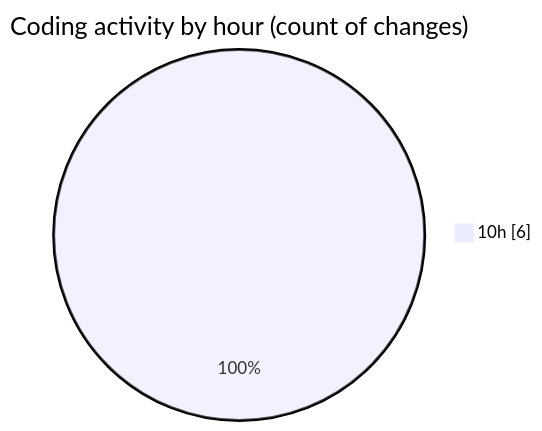
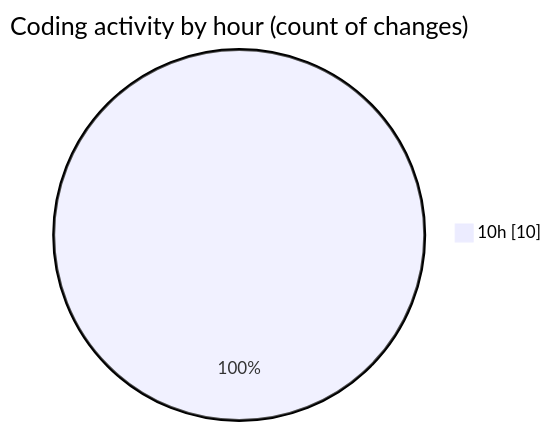
One commit to LanceThiago/code-tracking changed the second of 2 diagrams in 2025-04-24/desktop/README.md. Above: the diagram before and after it, drawn with Mermaid. The commit also changed other lines of this file and 1 other file, not shown here.

````diff
--- a/2025-04-24/desktop/README.md
+++ b/2025-04-24/desktop/README.md
@@ -28,5 +28,5 @@
 ```mermaid
 pie showData
 title Coding activity by hour (count of changes)
-"10h" : 6
+"10h" : 10
 ```
````
